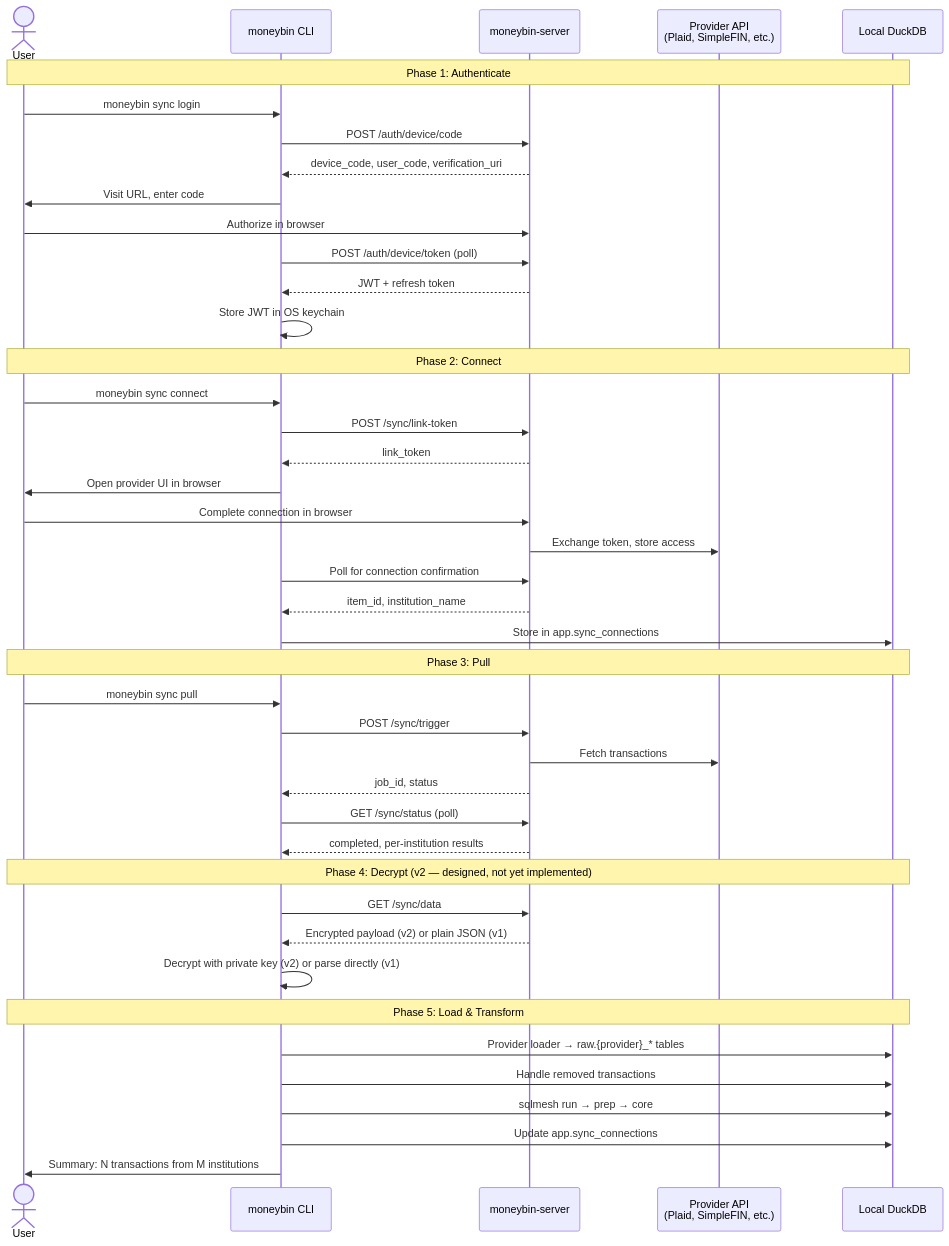
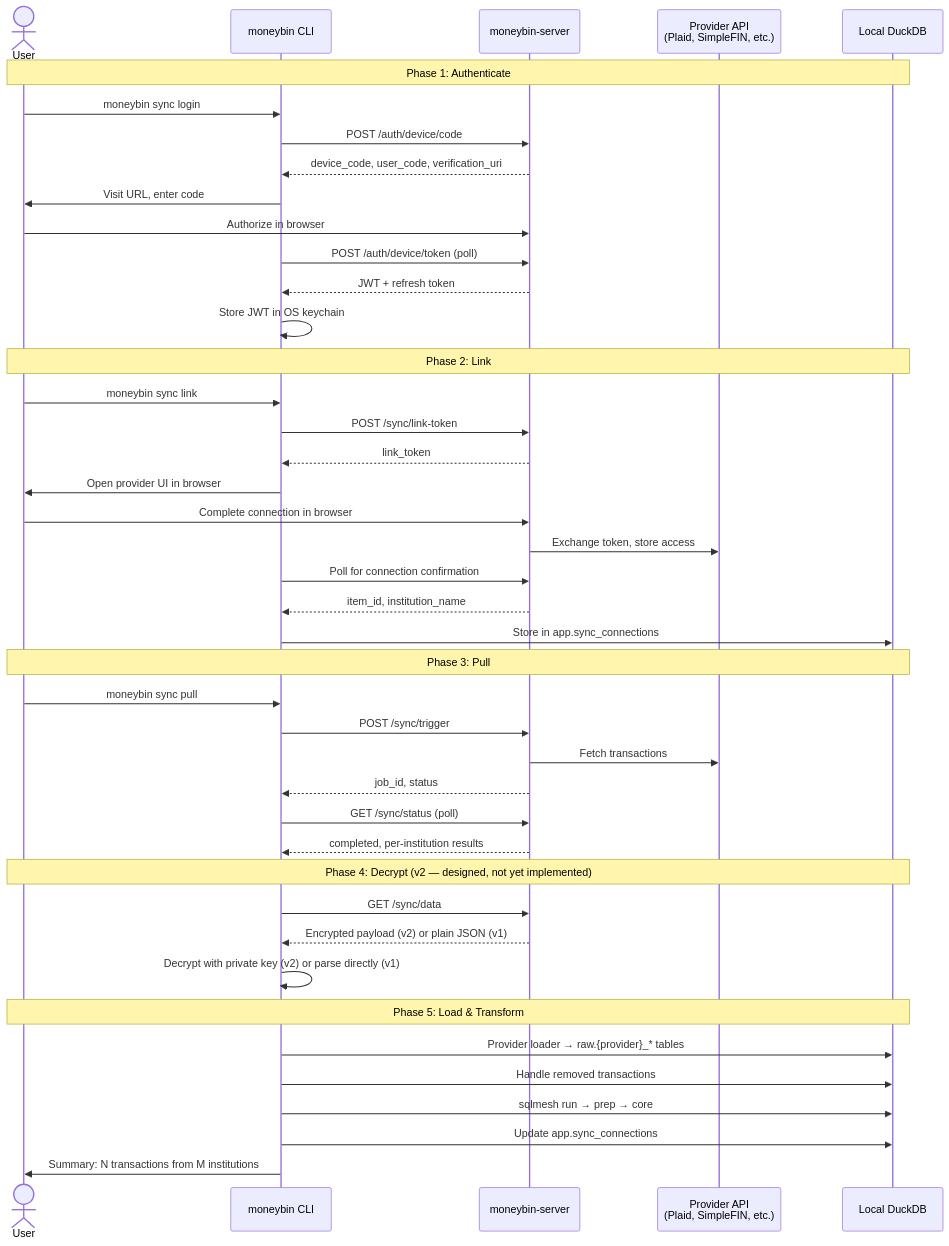
Before and after one commit to bsaffel/moneybin: the first of 2 diagrams in docs/specs/sync-overview.md, drawn with Mermaid. The commit also changed other lines of this file and 106 other files, not shown here.

First line of the commit message:
Add connect-gsheet (live Google Sheets sync) + rename sync verb to link (#197)

````diff
--- a/docs/specs/sync-overview.md
+++ b/docs/specs/sync-overview.md
@@ -68,49 +68,49 @@
 ```mermaid
 sequenceDiagram
     actor User
     participant CLI as moneybin CLI
     participant Server as moneybin-server
     participant Provider as Provider API<br/>(Plaid, SimpleFIN, etc.)
     participant DB as Local DuckDB
 
     Note over User,DB: Phase 1: Authenticate
     User->>CLI: moneybin sync login
     CLI->>Server: POST /auth/device/code
     Server-->>CLI: device_code, user_code, verification_uri
     CLI->>User: Visit URL, enter code
     User->>Server: Authorize in browser
     CLI->>Server: POST /auth/device/token (poll)
     Server-->>CLI: JWT + refresh token
     CLI->>CLI: Store JWT in OS keychain
 
-    Note over User,DB: Phase 2: Connect
-    User->>CLI: moneybin sync connect
+    Note over User,DB: Phase 2: Link
+    User->>CLI: moneybin sync link
     CLI->>Server: POST /sync/link-token
     Server-->>CLI: link_token
     CLI->>User: Open provider UI in browser
     User->>Server: Complete connection in browser
     Server->>Provider: Exchange token, store access
     CLI->>Server: Poll for connection confirmation
     Server-->>CLI: item_id, institution_name
     CLI->>DB: Store in app.sync_connections
 
     Note over User,DB: Phase 3: Pull
     User->>CLI: moneybin sync pull
     CLI->>Server: POST /sync/trigger
     Server->>Provider: Fetch transactions
     Server-->>CLI: job_id, status
     CLI->>Server: GET /sync/status (poll)
     Server-->>CLI: completed, per-institution results
 
     Note over User,DB: Phase 4: Decrypt (v2 — designed, not yet implemented)
     CLI->>Server: GET /sync/data
     Server-->>CLI: Encrypted payload (v2) or plain JSON (v1)
     CLI->>CLI: Decrypt with private key (v2) or parse directly (v1)
 
     Note over User,DB: Phase 5: Load & Transform
     CLI->>DB: Provider loader → raw.{provider}_* tables
     CLI->>DB: Handle removed transactions
     CLI->>DB: sqlmesh run → prep → core
     CLI->>DB: Update app.sync_connections
     CLI->>User: Summary: N transactions from M institutions
 ```
````
